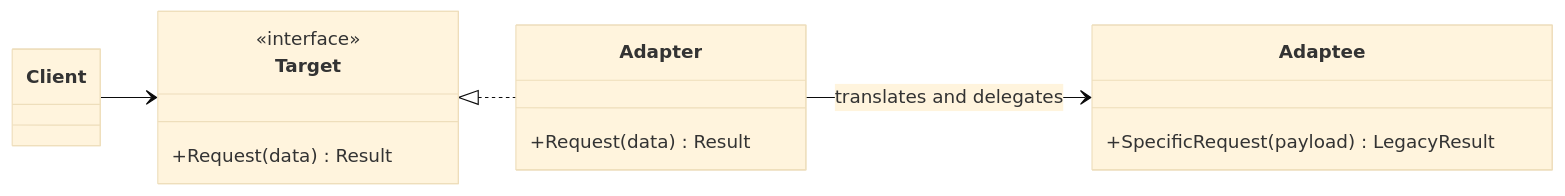
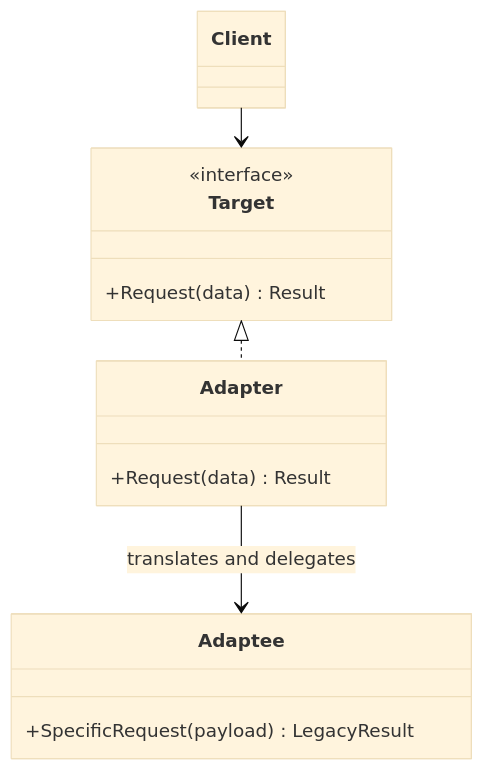
The sixth of 10 diagrams in presentations/07-interface-segregation-principle.md (jeff-adkisson/swe-4743-spring-2026-oo-design), drawn with Mermaid (base theme) before and after one commit. The commit also changed other lines of this file, not shown here.

Commit message:
Updated mermaid flow direction

````diff
--- a/presentations/07-interface-segregation-principle.md
+++ b/presentations/07-interface-segregation-principle.md
@@ -829,23 +849,27 @@
 ```mermaid
+---
+config:
+  layout: elk
+---
 classDiagram
-direction LR
+direction TB
 
 class Client
 
 class Target {
   <<interface>>
   +Request(data) Result
 }
 
 class Adapter {
   +Request(data) Result
 }
 
 class Adaptee {
   +SpecificRequest(payload) LegacyResult
 }
 
 Client --> Target
 Target <|.. Adapter
 Adapter --> Adaptee : translates and delegates
 ```
````
